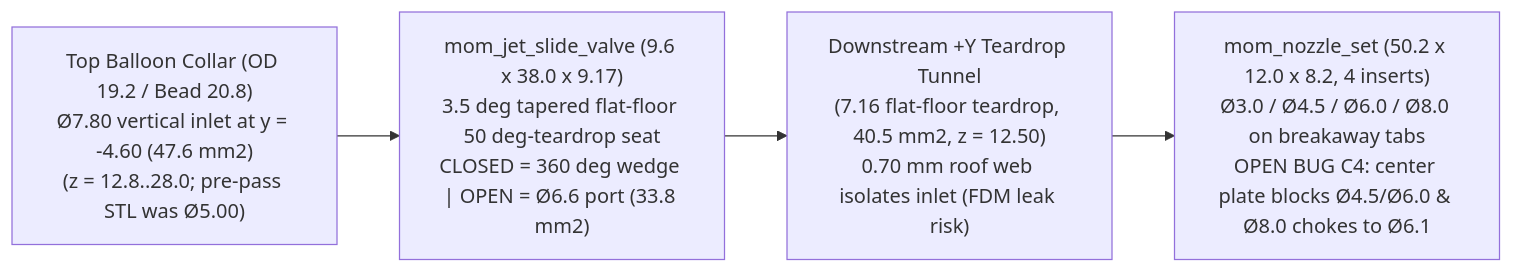
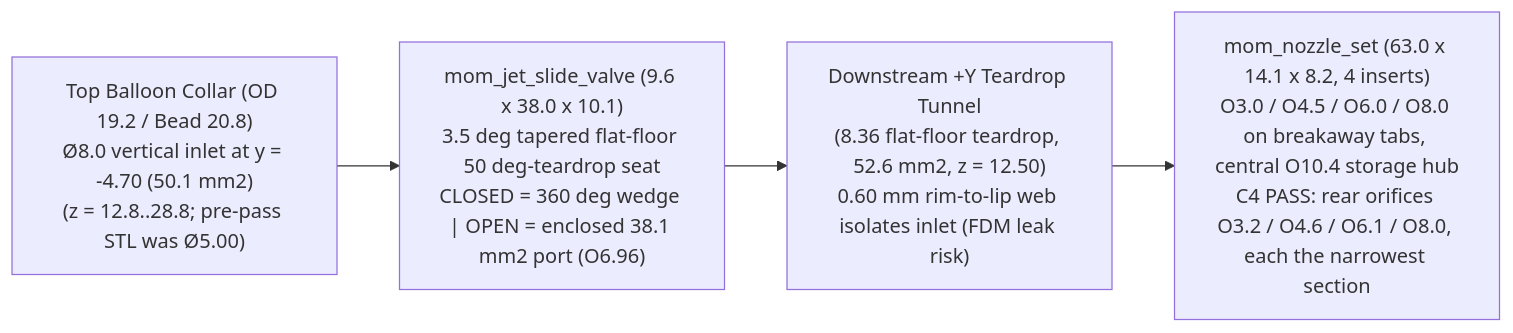
One commit to diydan/ToyVentor changed the second of 2 diagrams in docs/specs/functional-print-mechanics-spec.md. Above: the diagram before and after it, drawn with Mermaid. The commit also changed other lines of this file and 20 other files, not shown here.

Commit message:
fix(partspec): close band/jet CAD pass (verify_band_jet 8/8), printable spool lip, 4-insert nozzle set, re-export

````diff
--- a/docs/specs/functional-print-mechanics-spec.md
+++ b/docs/specs/functional-print-mechanics-spec.md
@@ -182,8 +182,8 @@
 ```mermaid
 flowchart LR
-  Collar["Top Balloon Collar (OD 19.2 / Bead 20.8)\nØ7.80 vertical inlet at y = -4.60 (47.6 mm2)\n(z = 12.8..28.0; pre-pass STL was Ø5.00)"]
-  Valve["mom_jet_slide_valve (9.6 x 38.0 x 9.17)\n3.5 deg tapered flat-floor 50 deg-teardrop seat\nCLOSED = 360 deg wedge | OPEN = Ø6.6 port (33.8 mm2)"]
-  Tunnel["Downstream +Y Teardrop Tunnel\n(7.16 flat-floor teardrop, 40.5 mm2, z = 12.50)\n0.70 mm roof web isolates inlet (FDM leak risk)"]
-  Nozzle["mom_nozzle_set (50.2 x 12.0 x 8.2, 4 inserts)\nØ3.0 / Ø4.5 / Ø6.0 / Ø8.0 on breakaway tabs\nOPEN BUG C4: center plate blocks Ø4.5/Ø6.0 & Ø8.0 chokes to Ø6.1"]
+  Collar["Top Balloon Collar (OD 19.2 / Bead 20.8)\nØ8.0 vertical inlet at y = -4.70 (50.1 mm2)\n(z = 12.8..28.8; pre-pass STL was Ø5.00)"]
+  Valve["mom_jet_slide_valve (9.6 x 38.0 x 10.1)\n3.5 deg tapered flat-floor 50 deg-teardrop seat\nCLOSED = 360 deg wedge | OPEN = enclosed 38.1 mm2 port (O6.96)"]
+  Tunnel["Downstream +Y Teardrop Tunnel\n(8.36 flat-floor teardrop, 52.6 mm2, z = 12.50)\n0.60 mm rim-to-lip web isolates inlet (FDM leak risk)"]
+  Nozzle["mom_nozzle_set (63.0 x 14.1 x 8.2, 4 inserts)\nO3.0 / O4.5 / O6.0 / O8.0 on breakaway tabs, central O10.4 storage hub\nC4 PASS: rear orifices O3.2 / O4.6 / O6.1 / O8.0, each the narrowest section"]
   Collar --> Valve --> Tunnel --> Nozzle
 ```
````
